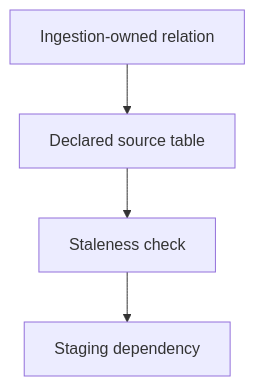
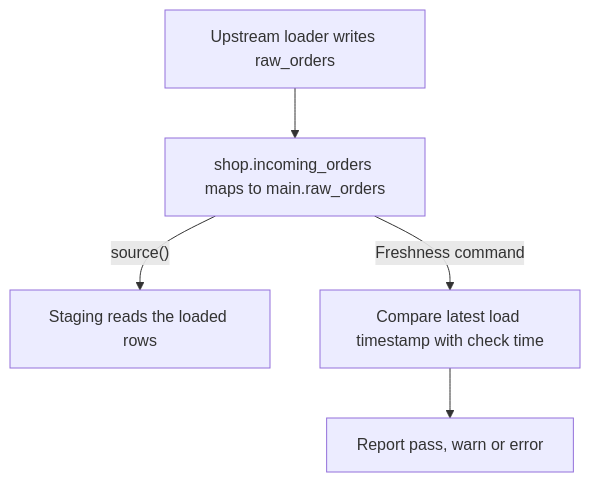
The diagram in docs/lessons/0007-sources-and-freshness.md (Rohit1024/dbt-learn), drawn with Mermaid before and after one commit. The commit also changed other lines of this file and 4 other files, not shown here.

````diff
--- a/docs/lessons/0007-sources-and-freshness.md
+++ b/docs/lessons/0007-sources-and-freshness.md
@@ -7,8 +7,7 @@
 ```mermaid
 flowchart TD
-    A["Ingestion-owned relation"]
-    B["Declared source table"]
-    C["Staleness check"]
-    D["Staging dependency"]
-    A --> B --> C --> D
+    Loader["Upstream loader writes raw_orders"] --> Source["shop.incoming_orders maps to main.raw_orders"]
+    Source -->|"source()"| Stage["Staging reads the loaded rows"]
+    Source -->|"Freshness command"| Age["Compare latest load timestamp with check time"]
+    Age --> Status["Report pass, warn or error"]
 ```
````
